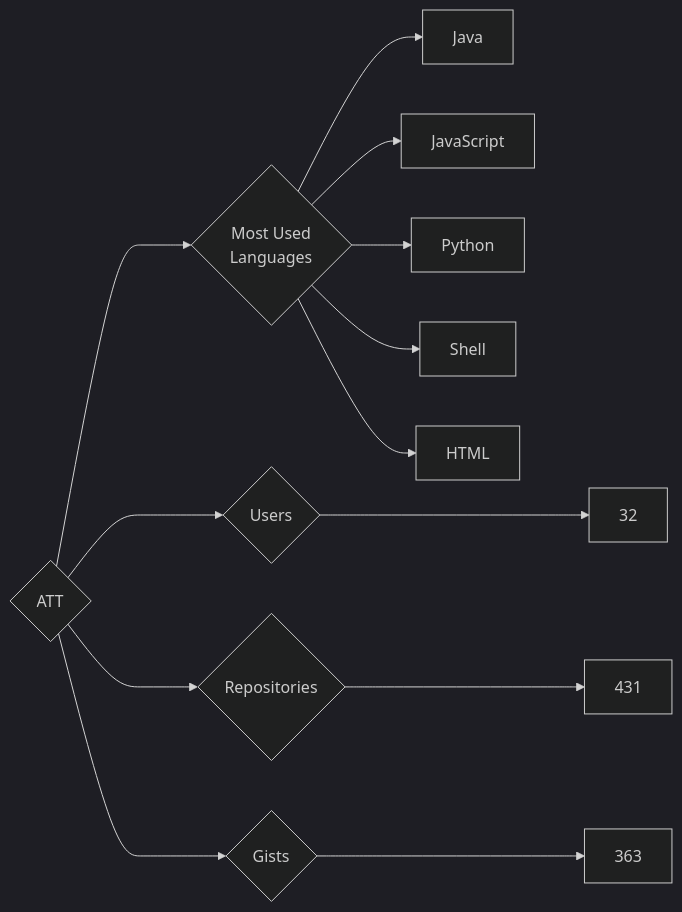
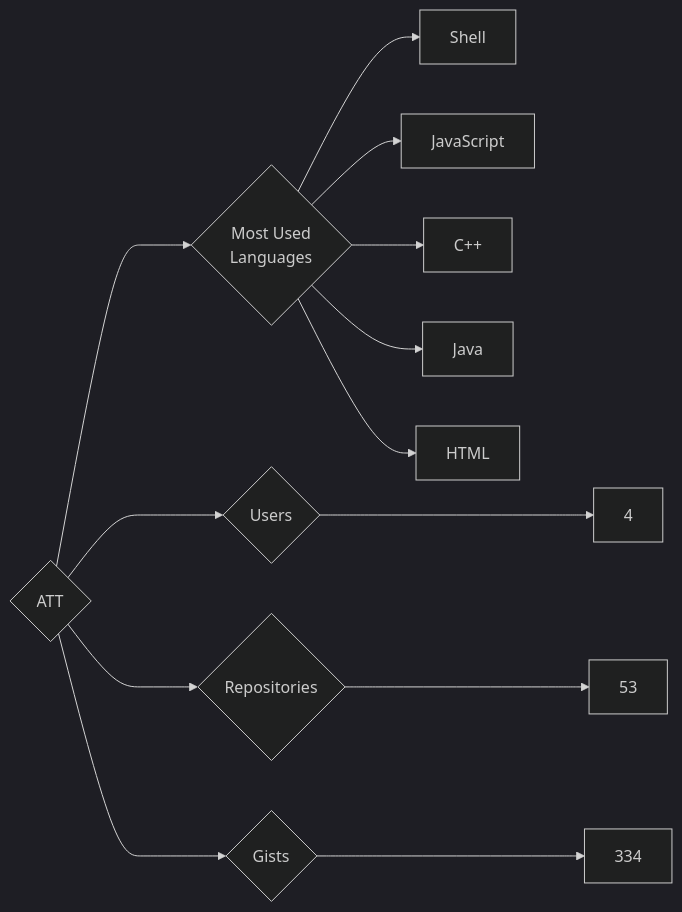
The diagram in targets/ATT/README.md (trickest/insiders), drawn with Mermaid (dark theme) before and after one commit. The commit also changed 823 other files, not shown here.

````diff
--- a/targets/ATT/README.md
+++ b/targets/ATT/README.md
@@ -3,13 +3,13 @@
 ```mermaid
 graph LR
 COMPANY_NAME{ATT}
-COMPANY_NAME ---> U{Users} ---> UN[32]
-COMPANY_NAME ---> R{Repositories} ---> RN[431]
-COMPANY_NAME ---> G{Gists} ---> GN[363]
+COMPANY_NAME ---> U{Users} ---> UN[4]
+COMPANY_NAME ---> R{Repositories} ---> RN[53]
+COMPANY_NAME ---> G{Gists} ---> GN[334]
 COMPANY_NAME ---> ML{Most Used<br>Languages}
+ML --> Shell[Shell]
+ML --> JavaScript[JavaScript]
+ML --> C++[C++]
 ML --> Java[Java]
-ML --> JavaScript[JavaScript]
-ML --> Python[Python]
-ML --> Shell[Shell]
 ML --> HTML[HTML]
 ```
````
